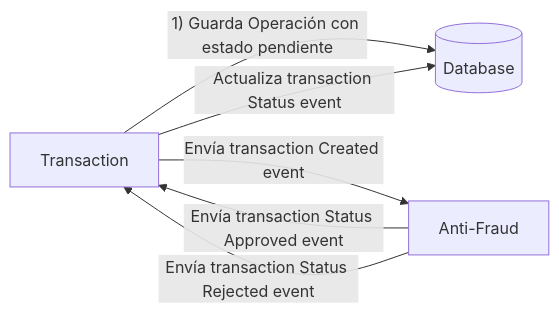
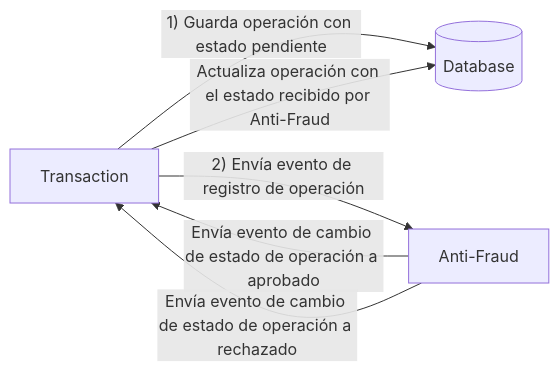
The diagram in README.md (Interbank-Comercial-MDC/java-code-challenge), drawn with Mermaid before and after one commit.

````diff
--- a/README.md
+++ b/README.md
@@ -24,8 +24,8 @@
 ```mermaid
   flowchart LR
-    Transaction -- 1) Guarda Operación con estado pendiente --> transactionDatabase[(Database)]
-    Transaction --Envía transaction Created event--> Anti-Fraud
-    Anti-Fraud -- Envía transaction Status Approved event--> Transaction
-    Anti-Fraud -- Envía transaction Status Rejected event--> Transaction
-    Transaction -- Actualiza transaction Status event--> transactionDatabase[(Database)]
+    Transaction -- 1) Guarda operación con estado pendiente --> transactionDatabase[(Database)]
+    Transaction -- 2) Envía evento de registro de operación --> Anti-Fraud
+    Anti-Fraud -- Envía evento de cambio de estado de operación a aprobado --> Transaction
+    Anti-Fraud -- Envía evento de cambio de estado de operación a rechazado --> Transaction
+    Transaction -- Actualiza operación con el estado recibido por Anti-Fraud --> transactionDatabase[(Database)]
 ```
````
